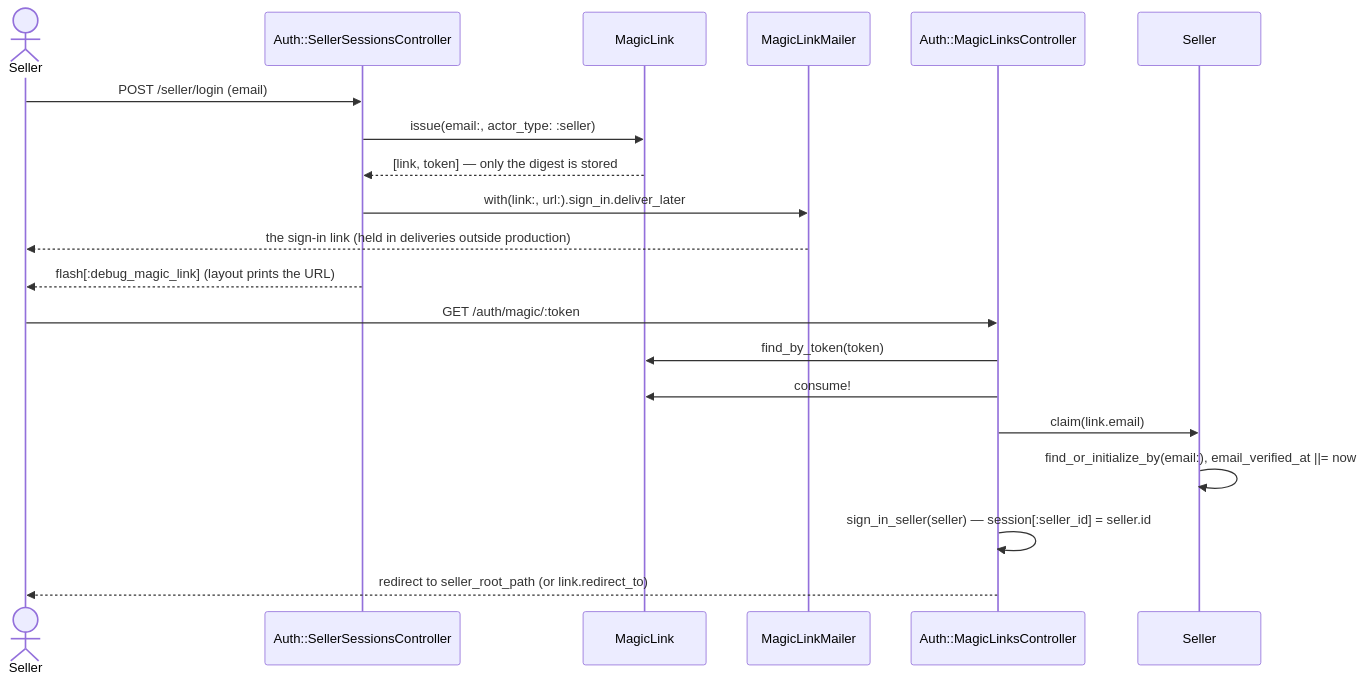
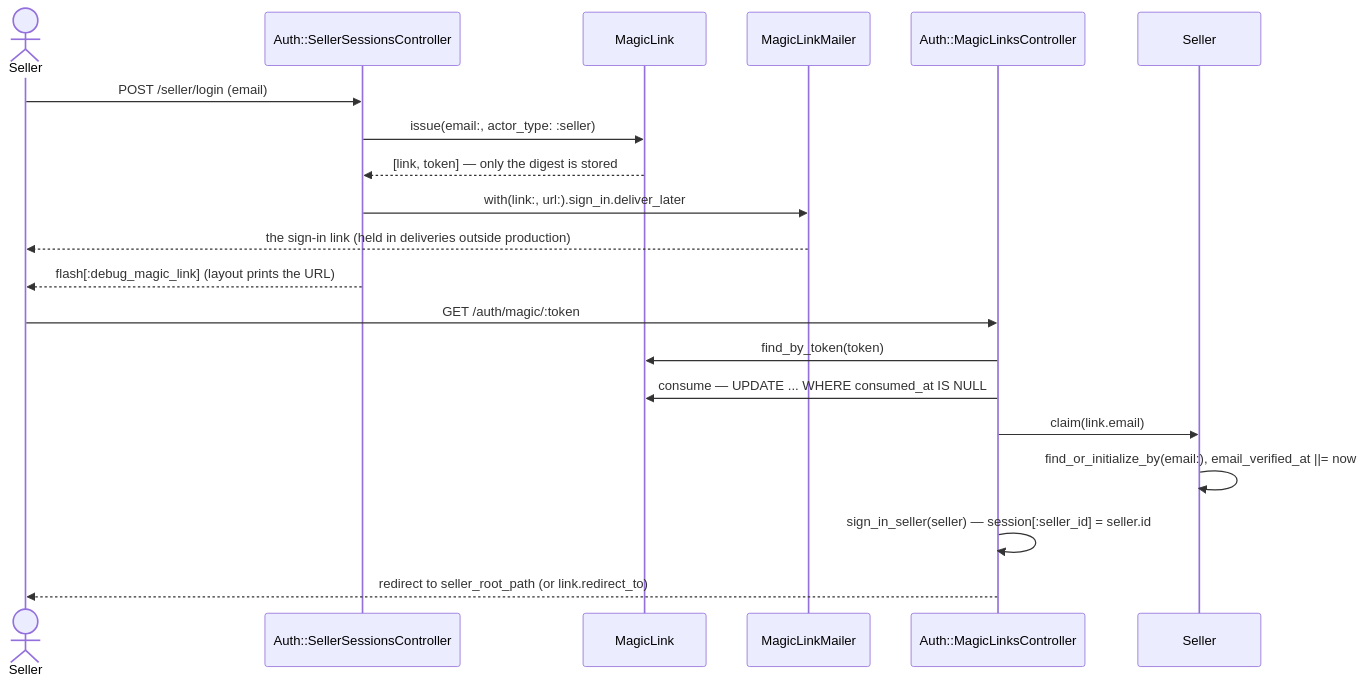
The first of 3 diagrams in prototype/rails/docs/identity.md (jonathan-beebe/art-store), drawn with Mermaid before and after one commit. The commit also changed other lines of this file and 12 other files, not shown here.

First line of the commit message:
fix[rails]: cap and sniff listing image uploads, close the magic-link double-consume race [BUG-005]

````diff
--- a/prototype/rails/docs/identity.md
+++ b/prototype/rails/docs/identity.md
@@ -24,24 +24,24 @@
 ```mermaid
 sequenceDiagram
     actor Seller
     participant Login as Auth::SellerSessionsController
     participant MagicLinks as MagicLink
     participant Mailer as MagicLinkMailer
     participant Verify as Auth::MagicLinksController
     participant Sellers as Seller
 
     Seller->>Login: POST /seller/login (email)
     Login->>MagicLinks: issue(email:, actor_type: :seller)
     MagicLinks-->>Login: [link, token] — only the digest is stored
     Login->>Mailer: with(link:, url:).sign_in.deliver_later
     Mailer-->>Seller: the sign-in link (held in deliveries outside production)
     Login-->>Seller: flash[:debug_magic_link] (layout prints the URL)
 
     Seller->>Verify: GET /auth/magic/:token
     Verify->>MagicLinks: find_by_token(token)
-    Verify->>MagicLinks: consume!
+    Verify->>MagicLinks: consume — UPDATE ... WHERE consumed_at IS NULL
     Verify->>Sellers: claim(link.email)
     Sellers->>Sellers: find_or_initialize_by(email:), email_verified_at ||= now
     Verify->>Verify: sign_in_seller(seller) — session[:seller_id] = seller.id
     Verify-->>Seller: redirect to seller_root_path (or link.redirect_to)
 ```
````
